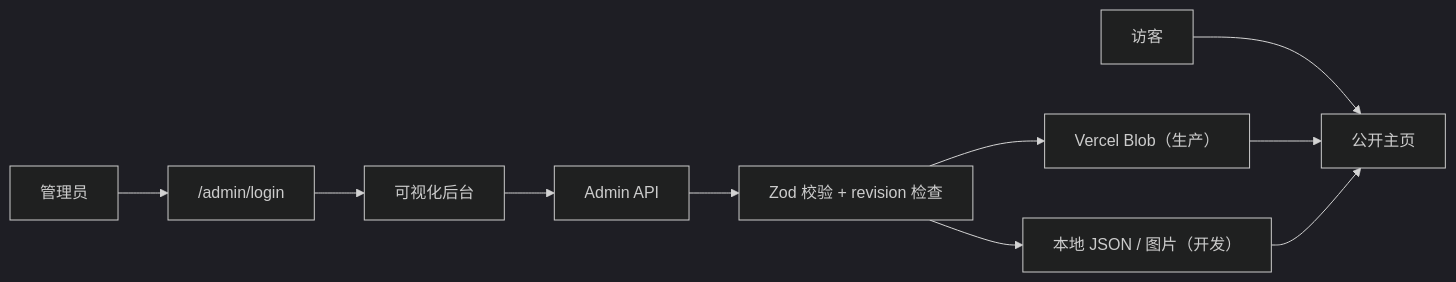
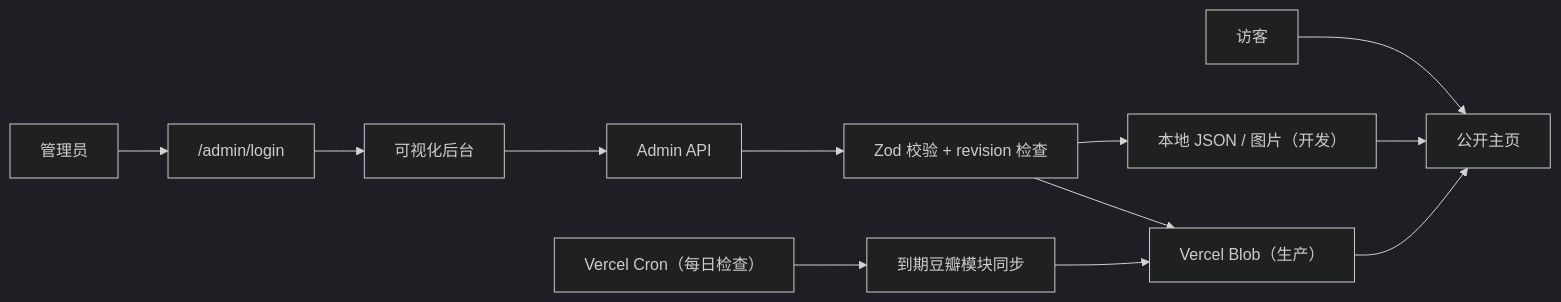
The diagram in README.md (lrwei91/Blog), drawn with Mermaid (dark theme) before and after one commit. The commit also changed other lines of this file and 24 other files, not shown here.

````diff
--- a/README.md
+++ b/README.md
@@ -87,12 +87,14 @@
 ```mermaid
 flowchart LR
   Visitor["访客"] --> Public["公开主页"]
   Admin["管理员"] --> Login["/admin/login"]
   Login --> Editor["可视化后台"]
   Editor --> API["Admin API"]
   API --> Guard["Zod 校验 + revision 检查"]
   Guard --> Blob["Vercel Blob（生产）"]
   Guard --> Local["本地 JSON / 图片（开发）"]
+  Cron["Vercel Cron（每日检查）"] --> Sync["到期豆瓣模块同步"]
+  Sync --> Blob
   Blob --> Public
   Local --> Public
 ```
````
